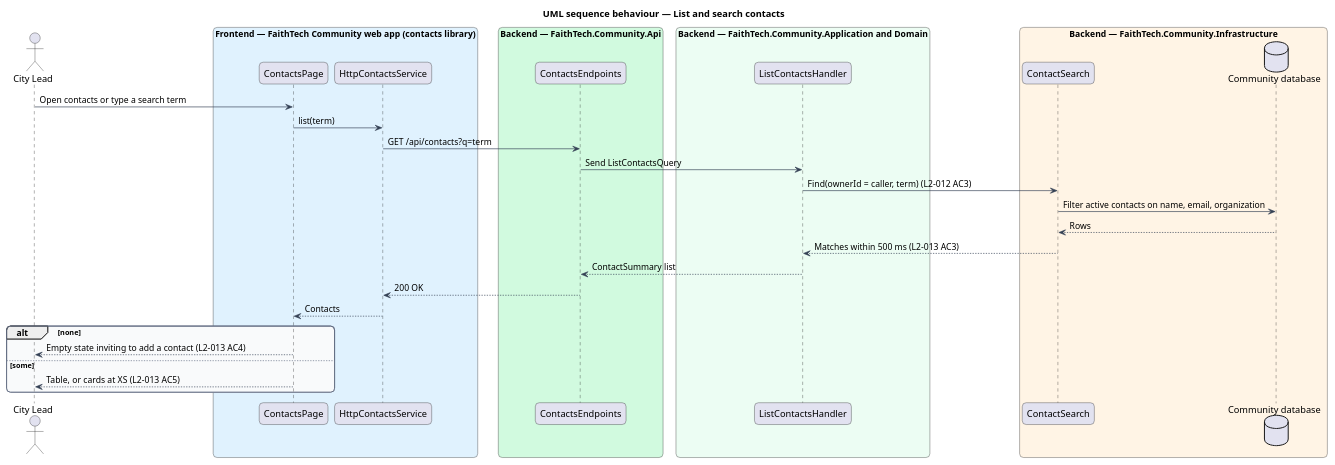
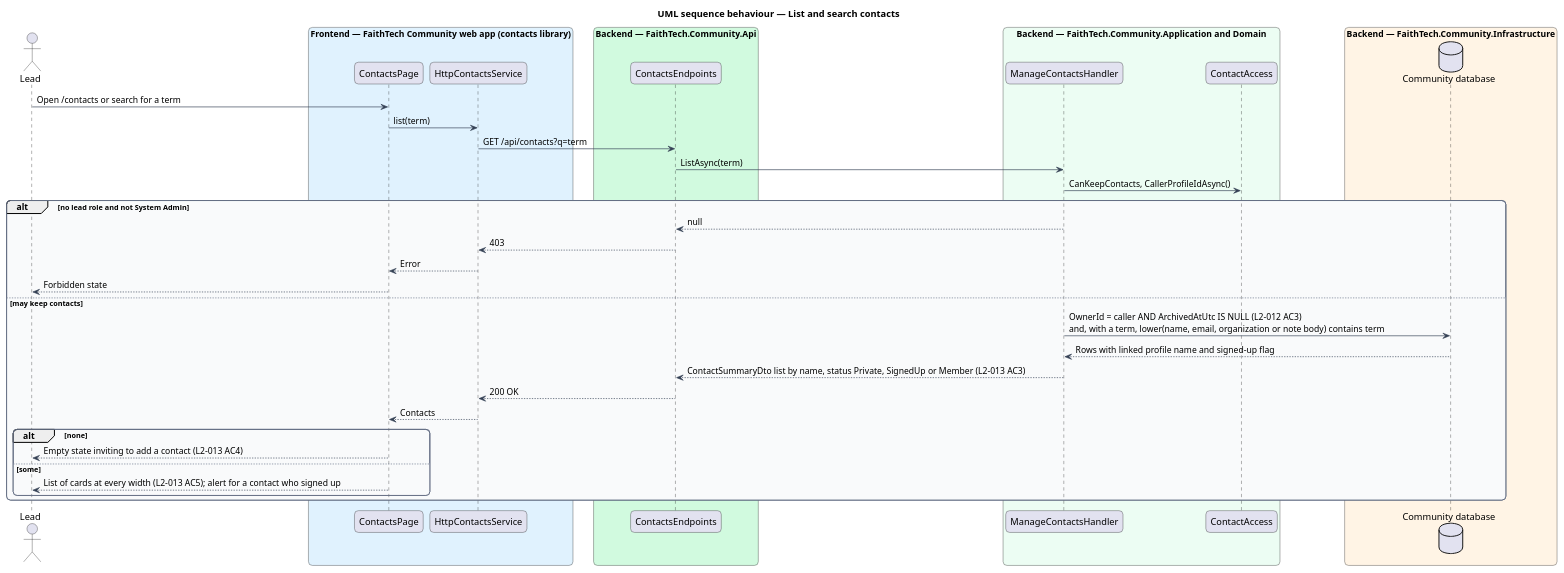
One commit to QuinntyneBrown/faithtech-community changed the diagram in docs/detailed-designs/contacts/manage-contacts/diagrams/sequence-list-and-search.puml. Above: the diagram before and after it, drawn with PlantUML. The commit also changed 79 other files, not shown here.

First line of the commit message:
Align the contacts and partners designs and diagrams with the built code

```diff
--- a/docs/detailed-designs/contacts/manage-contacts/diagrams/sequence-list-and-search.puml
+++ b/docs/detailed-designs/contacts/manage-contacts/diagrams/sequence-list-and-search.puml
@@ -1,48 +1,54 @@
 @startuml
 title UML sequence behaviour — List and search contacts
 skinparam backgroundColor #FFFFFF
 skinparam shadowing false
 skinparam roundcorner 12
 skinparam defaultFontName Arial
 skinparam ArrowColor #344054
 skinparam rectangle {
   BorderColor #344054
   FontColor #101828
 }
 skinparam package {
   BorderColor #667085
   FontColor #101828
   BackgroundColor #F9FAFB
 }
-actor "City Lead" as actor
+actor "Lead" as actor
 box "Frontend — FaithTech Community web app (contacts library)" #E0F2FE
   participant "ContactsPage" as list
   participant "HttpContactsService" as svc
 end box
 box "Backend — FaithTech.Community.Api" #D1FADF
   participant "ContactsEndpoints" as ep
 end box
 box "Backend — FaithTech.Community.Application and Domain" #ECFDF3
-  participant "ListContactsHandler" as h
+  participant "ManageContactsHandler" as h
+  participant "ContactAccess" as acc
 end box
 box "Backend — FaithTech.Community.Infrastructure" #FFF4E5
-  participant "ContactSearch" as search
   database "Community database" as db
 end box
-actor -> list : Open contacts or type a search term
+actor -> list : Open /contacts or search for a term
 list -> svc : list(term)
 svc -> ep : GET /api/contacts?q=term
-ep -> h : Send ListContactsQuery
-h -> search : Find(ownerId = caller, term) (L2-012 AC3)
-search -> db : Filter active contacts on name, email, organization
-db --> search : Rows
-search --> h : Matches within 500 ms (L2-013 AC3)
-h --> ep : ContactSummary list
-ep --> svc : 200 OK
-svc --> list : Contacts
-alt none
-  list --> actor : Empty state inviting to add a contact (L2-013 AC4)
-else some
-  list --> actor : Table, or cards at XS (L2-013 AC5)
+ep -> h : ListAsync(term)
+h -> acc : CanKeepContacts, CallerProfileIdAsync()
+alt no lead role and not System Admin
+  h --> ep : null
+  ep --> svc : 403
+  svc --> list : Error
+  list --> actor : Forbidden state
+else may keep contacts
+  h -> db : OwnerId = caller AND ArchivedAtUtc IS NULL (L2-012 AC3)\nand, with a term, lower(name, email, organization or note body) contains term
+  db --> h : Rows with linked profile name and signed-up flag
+  h --> ep : ContactSummaryDto list by name, status Private, SignedUp or Member (L2-013 AC3)
+  ep --> svc : 200 OK
+  svc --> list : Contacts
+  alt none
+    list --> actor : Empty state inviting to add a contact (L2-013 AC4)
+  else some
+    list --> actor : List of cards at every width (L2-013 AC5); alert for a contact who signed up
+  end
 end
 @enduml
```
